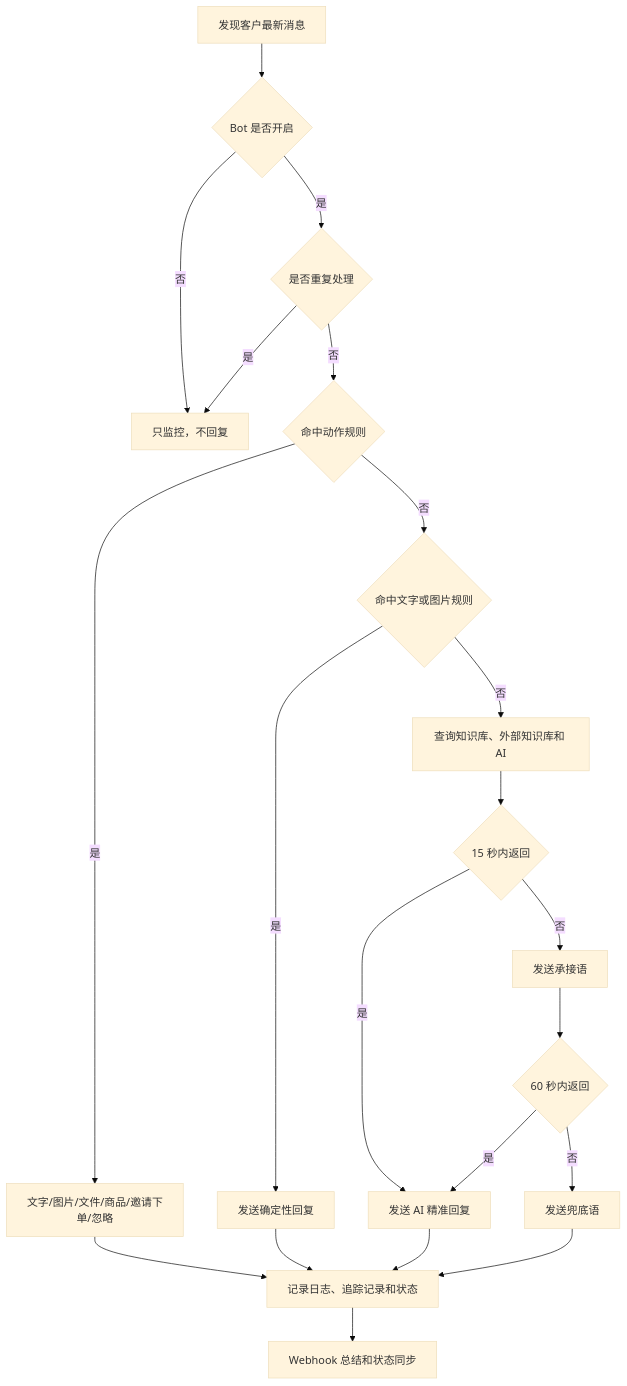
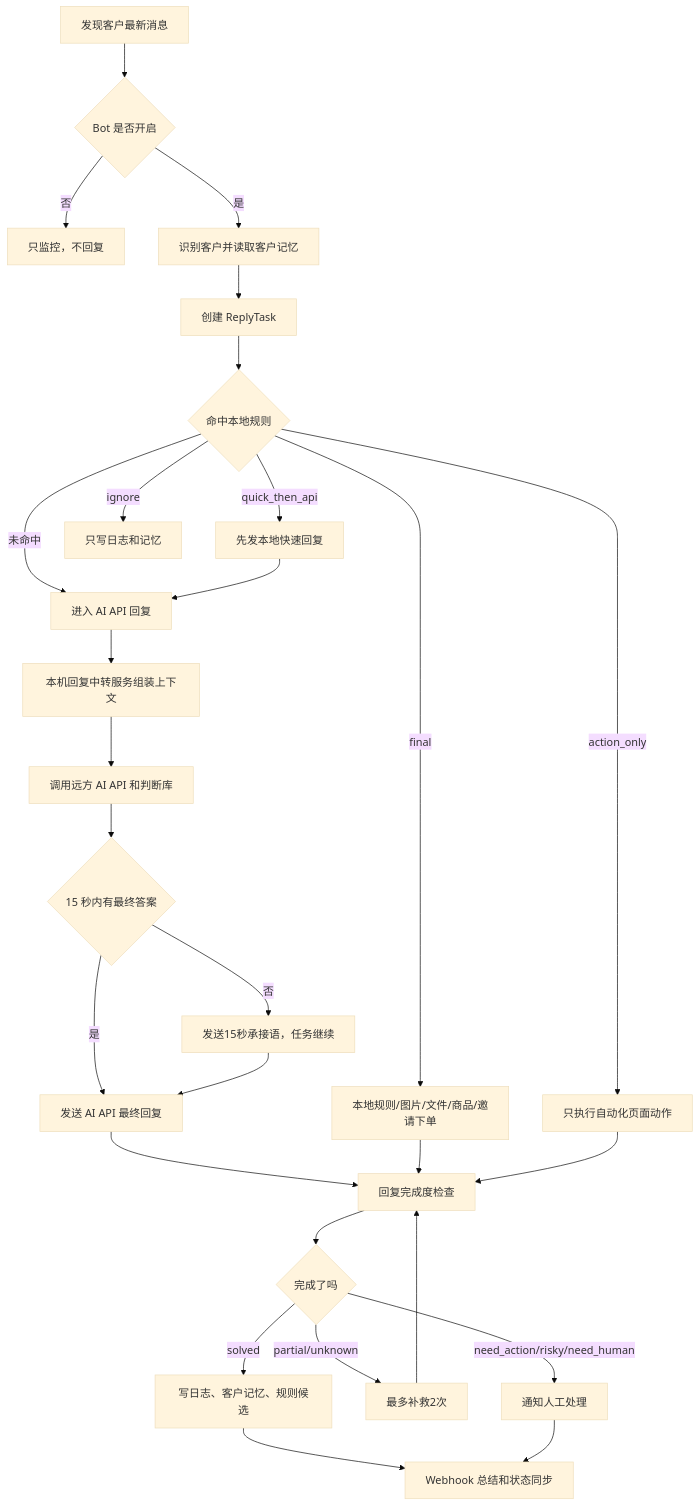
Before and after one commit to JahanHe/wechat-autoreply: the diagram in README.md, drawn with Mermaid (base theme). The commit also changed other lines of this file and 30 other files, not shown here.

Commit message:
feat: rebuild reply task flow for 0.4.4

````diff
--- a/README.md
+++ b/README.md
@@ -68,23 +71,30 @@
 ```mermaid
 flowchart TD
   A["发现客户最新消息"] --> B{"Bot 是否开启"}
   B -- "否" --> Z["只监控，不回复"]
-  B -- "是" --> C{"是否重复处理"}
-  C -- "是" --> Z
-  C -- "否" --> D{"命中动作规则"}
-  D -- "是" --> E["文字/图片/文件/商品/邀请下单/忽略"]
-  D -- "否" --> F{"命中文字或图片规则"}
-  F -- "是" --> G["发送确定性回复"]
-  F -- "否" --> H["查询知识库、外部知识库和 AI"]
-  H --> I{"15 秒内返回"}
-  I -- "是" --> J["发送 AI 精准回复"]
-  I -- "否" --> K["发送承接语"]
-  K --> L{"60 秒内返回"}
-  L -- "是" --> J
-  L -- "否" --> M["发送兜底语"]
-  E --> R["记录日志、追踪记录和状态"]
-  G --> R
-  J --> R
-  M --> R
-  R --> S["Webhook 总结和状态同步"]
+  B -- "是" --> C["识别客户并读取客户记忆"]
+  C --> D["创建 ReplyTask"]
+  D --> E{"命中本地规则"}
+  E -- "final" --> F["本地规则/图片/文件/商品/邀请下单"]
+  E -- "quick_then_api" --> G["先发本地快速回复"]
+  E -- "action_only" --> H["只执行自动化页面动作"]
+  E -- "ignore" --> I["只写日志和记忆"]
+  E -- "未命中" --> J["进入 AI API 回复"]
+  G --> J
+  J --> K["本机回复中转服务组装上下文"]
+  K --> L["调用远方 AI API 和判断库"]
+  L --> M{"15 秒内有最终答案"}
+  M -- "否" --> N["发送15秒承接语，任务继续"]
+  M -- "是" --> O["发送 AI API 最终回复"]
+  N --> O
+  O --> P["回复完成度检查"]
+  F --> P
+  H --> P
+  P --> Q{"完成了吗"}
+  Q -- "solved" --> R["写日志、客户记忆、规则候选"]
+  Q -- "partial/unknown" --> S["最多补救2次"]
+  Q -- "need_action/risky/need_human" --> T["通知人工处理"]
+  S --> P
+  R --> U["Webhook 总结和状态同步"]
+  T --> U
 ```
````
